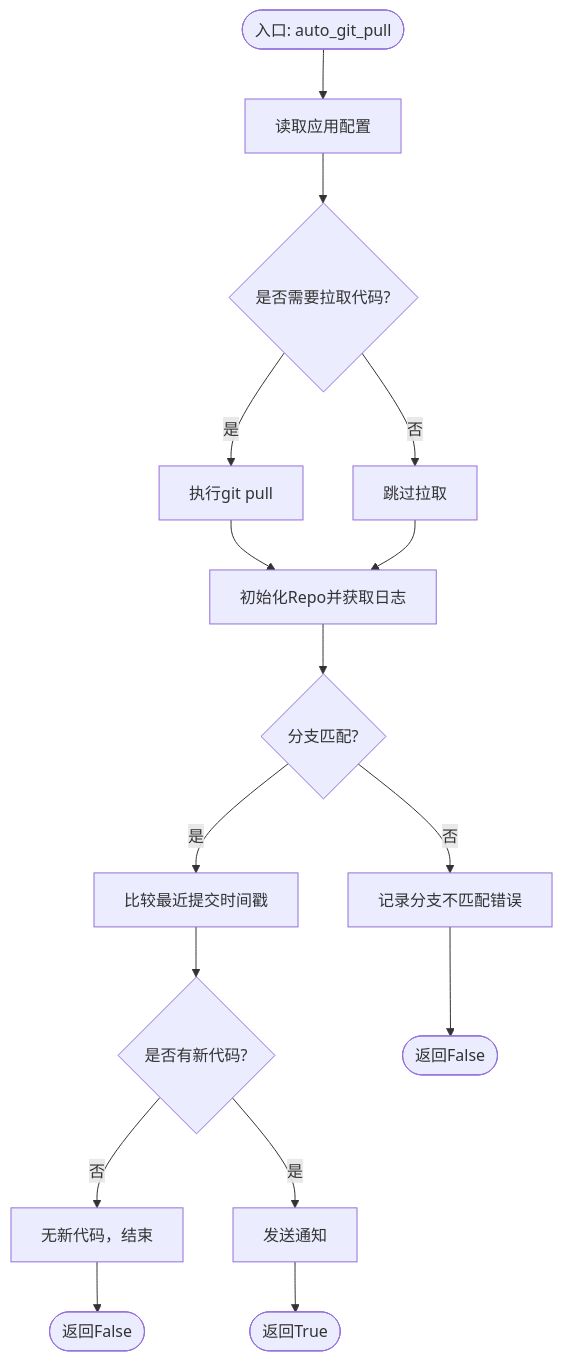
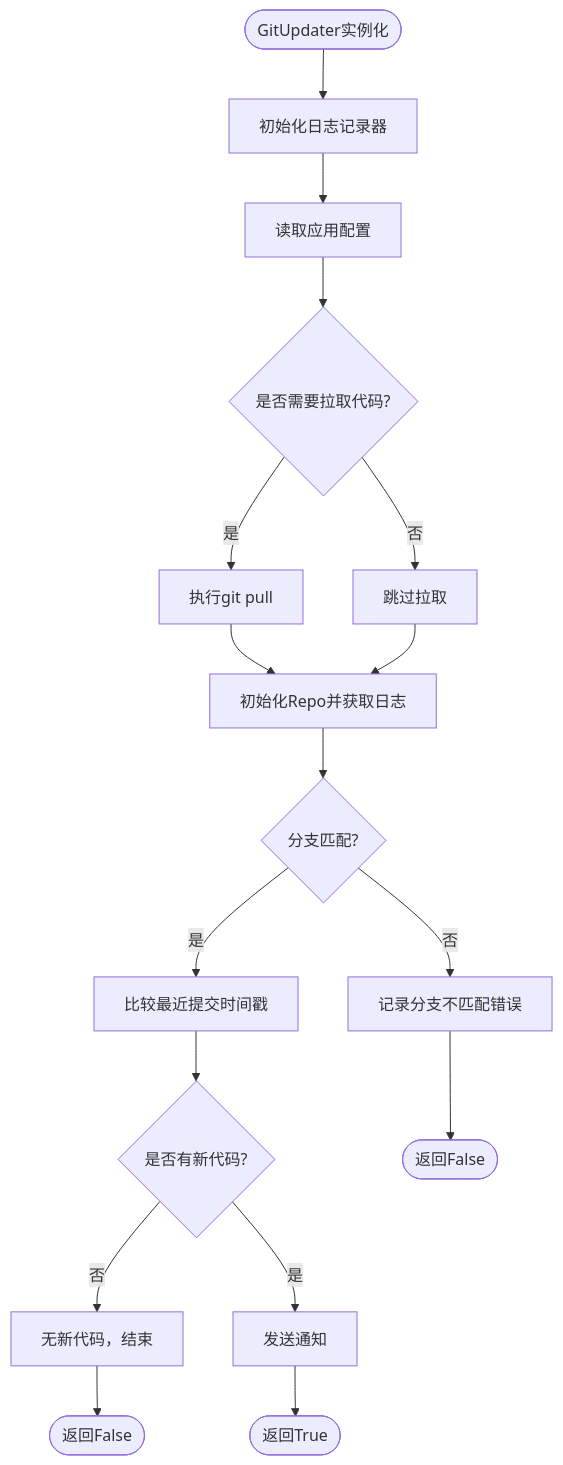
One commit to liximing1-ola/qa-payTest changed the third of 13 diagrams in .qoder/repowiki/zh/content/自动化与CI_CD.md. Above: the diagram before and after it, drawn with Mermaid. The commit also changed other lines of this file and 14 other files, not shown here.

````diff
--- a/.qoder/repowiki/zh/content/自动化与CI_CD.md
+++ b/.qoder/repowiki/zh/content/自动化与CI_CD.md
@@ -153,18 +184,19 @@
 ```mermaid
 flowchart TD
-Start(["入口: auto_git_pull"]) --> GetCfg["读取应用配置"]
+Start(["GitUpdater实例化"]) --> InitLogs["初始化日志记录器"]
+InitLogs --> GetCfg["读取应用配置"]
 GetCfg --> ShouldPull{"是否需要拉取代码?"}
 ShouldPull --> |是| GitPull["执行git pull"]
 ShouldPull --> |否| SkipPull["跳过拉取"]
 GitPull --> InitRepo["初始化Repo并获取日志"]
 SkipPull --> InitRepo
 InitRepo --> BranchChk{"分支匹配?"}
 BranchChk --> |否| LogErr["记录分支不匹配错误"]
 BranchChk --> |是| TimeChk["比较最近提交时间戳"]
 TimeChk --> HasNew{"是否有新代码?"}
 HasNew --> |否| NoOp["无新代码，结束"]
 HasNew --> |是| Notify["发送通知"]
 Notify --> End(["返回True"])
 LogErr --> End2(["返回False"])
 NoOp --> End3(["返回False"])
 ```
````
